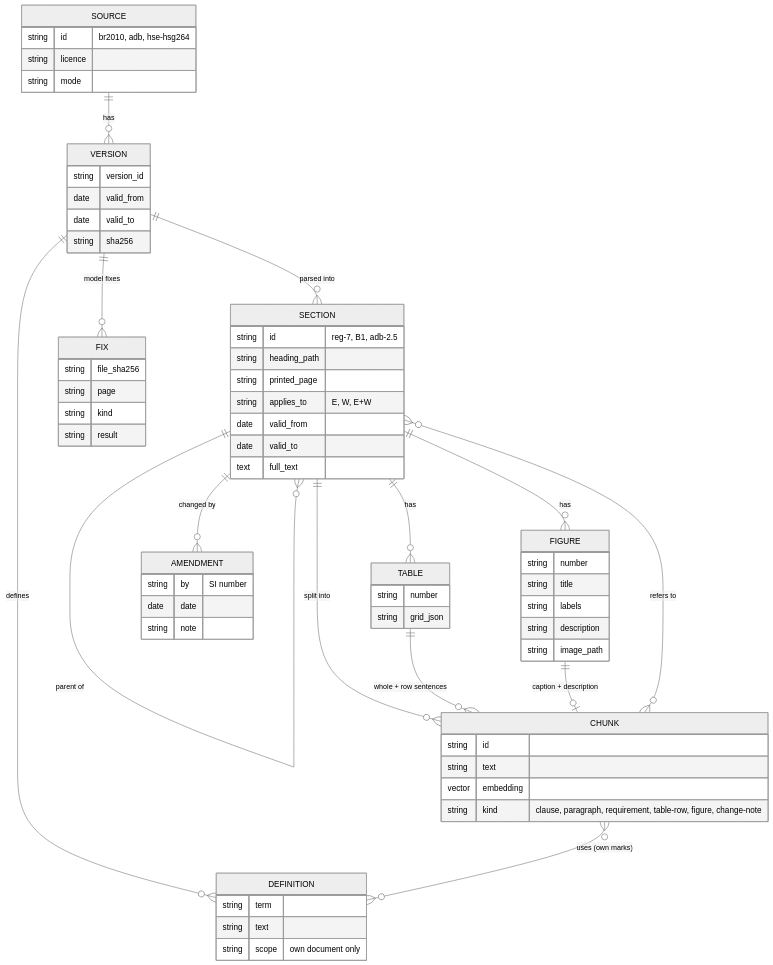
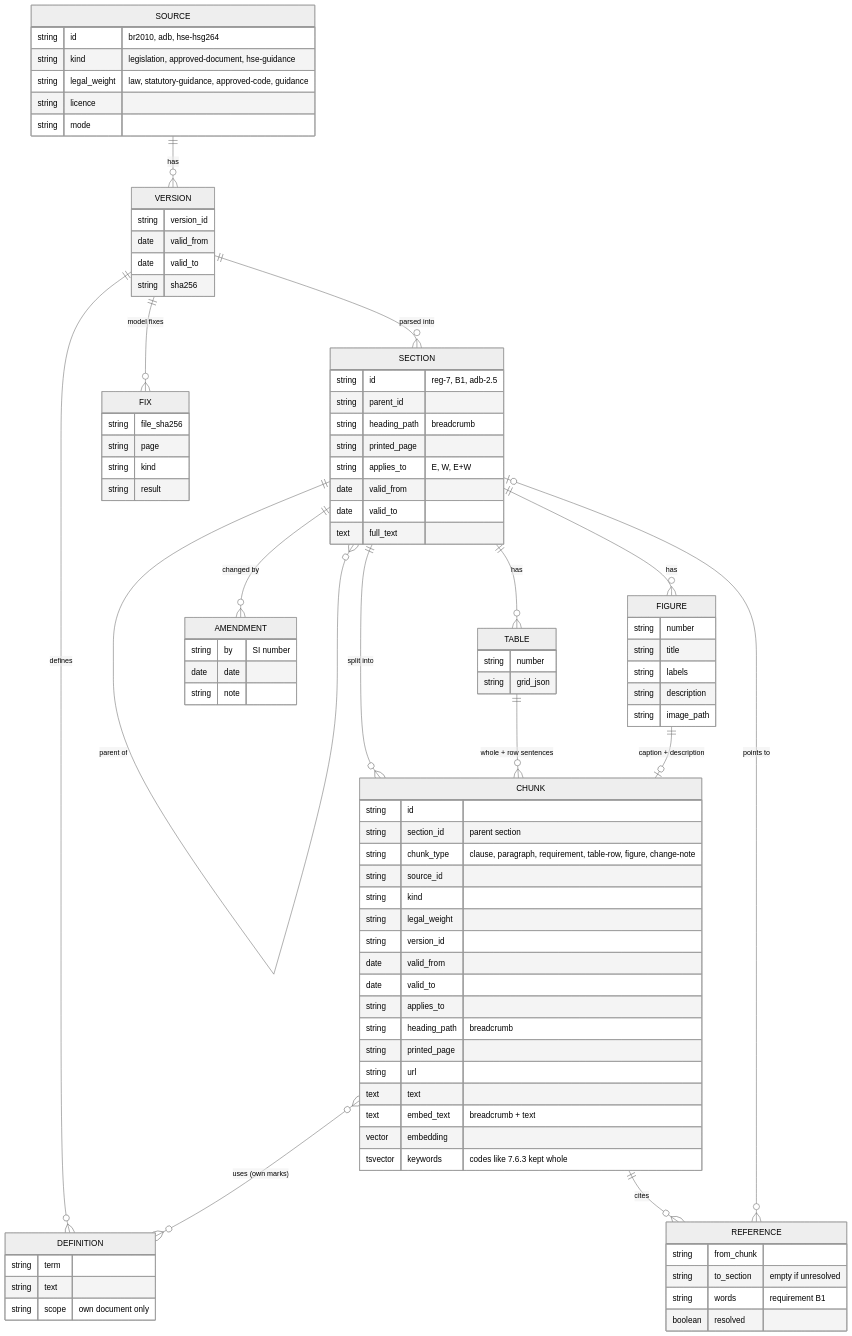
Before and after one commit to florinmarcus/builders_lab: the third of 5 diagrams in architecture/design/regulations-corpus.md, drawn with Mermaid (neutral theme). The commit also changed other lines of this file and 1 other file, not shown here.

First line of the commit message:
Corpus data model: chunk filter fields, references, keyword column, legal weight

````diff
--- a/architecture/design/regulations-corpus.md
+++ b/architecture/design/regulations-corpus.md
@@ -52,26 +52,28 @@
 ```mermaid
 erDiagram
     SOURCE ||--o{ VERSION : "has"
     VERSION ||--o{ SECTION : "parsed into"
     SECTION ||--o{ SECTION : "parent of"
     SECTION ||--o{ CHUNK : "split into"
     SECTION ||--o{ FIGURE : "has"
     SECTION ||--o{ TABLE : "has"
     TABLE ||--o{ CHUNK : "whole + row sentences"
     FIGURE ||--o| CHUNK : "caption + description"
     VERSION ||--o{ DEFINITION : "defines"
     CHUNK }o--o{ DEFINITION : "uses (own marks)"
-    CHUNK }o--o{ SECTION : "refers to"
+    CHUNK ||--o{ REFERENCE : "cites"
+    REFERENCE }o--o| SECTION : "points to"
     SECTION ||--o{ AMENDMENT : "changed by"
     VERSION ||--o{ FIX : "model fixes"
 
-    SOURCE { string id "br2010, adb, hse-hsg264" string licence string mode }
+    SOURCE { string id "br2010, adb, hse-hsg264" string kind "legislation, approved-document, hse-guidance" string legal_weight "law, statutory-guidance, approved-code, guidance" string licence string mode }
     VERSION { string version_id date valid_from date valid_to string sha256 }
-    SECTION { string id "reg-7, B1, adb-2.5" string heading_path string printed_page string applies_to "E, W, E+W" date valid_from date valid_to text full_text }
-    CHUNK { string id string text vector embedding string kind "clause, paragraph, requirement, table-row, figure, change-note" }
+    SECTION { string id "reg-7, B1, adb-2.5" string parent_id string heading_path "breadcrumb" string printed_page string applies_to "E, W, E+W" date valid_from date valid_to text full_text }
+    CHUNK { string id string section_id "parent section" string chunk_type "clause, paragraph, requirement, table-row, figure, change-note" string source_id string kind string legal_weight string version_id date valid_from date valid_to string applies_to string heading_path "breadcrumb" string printed_page string url text text text embed_text "breadcrumb + text" vector embedding tsvector keywords "codes like 7.6.3 kept whole" }
+    REFERENCE { string from_chunk string to_section "empty if unresolved" string words "requirement B1" boolean resolved }
     DEFINITION { string term string text string scope "own document only" }
     FIGURE { string number string title string labels string description string image_path }
     TABLE { string number string grid_json }
     AMENDMENT { string by "SI number" date date string note }
     FIX { string file_sha256 string page string kind string result }
 ```
````
